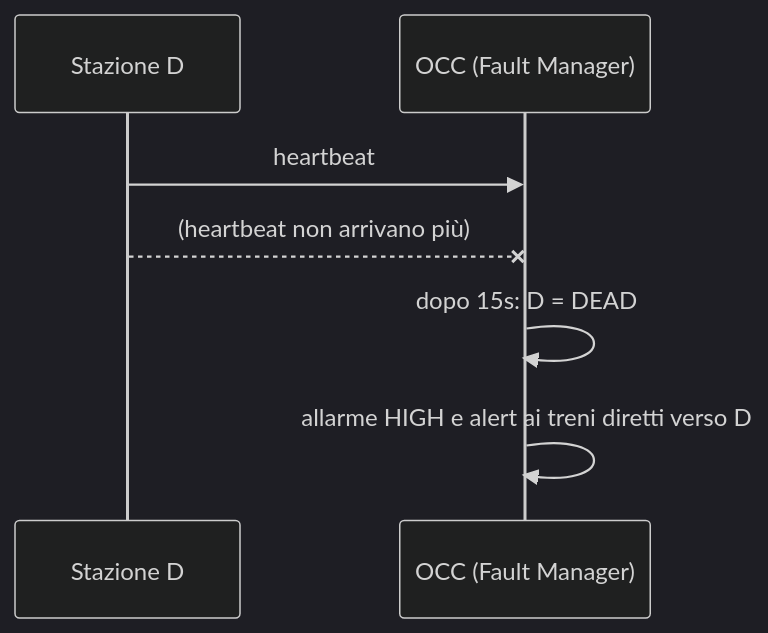
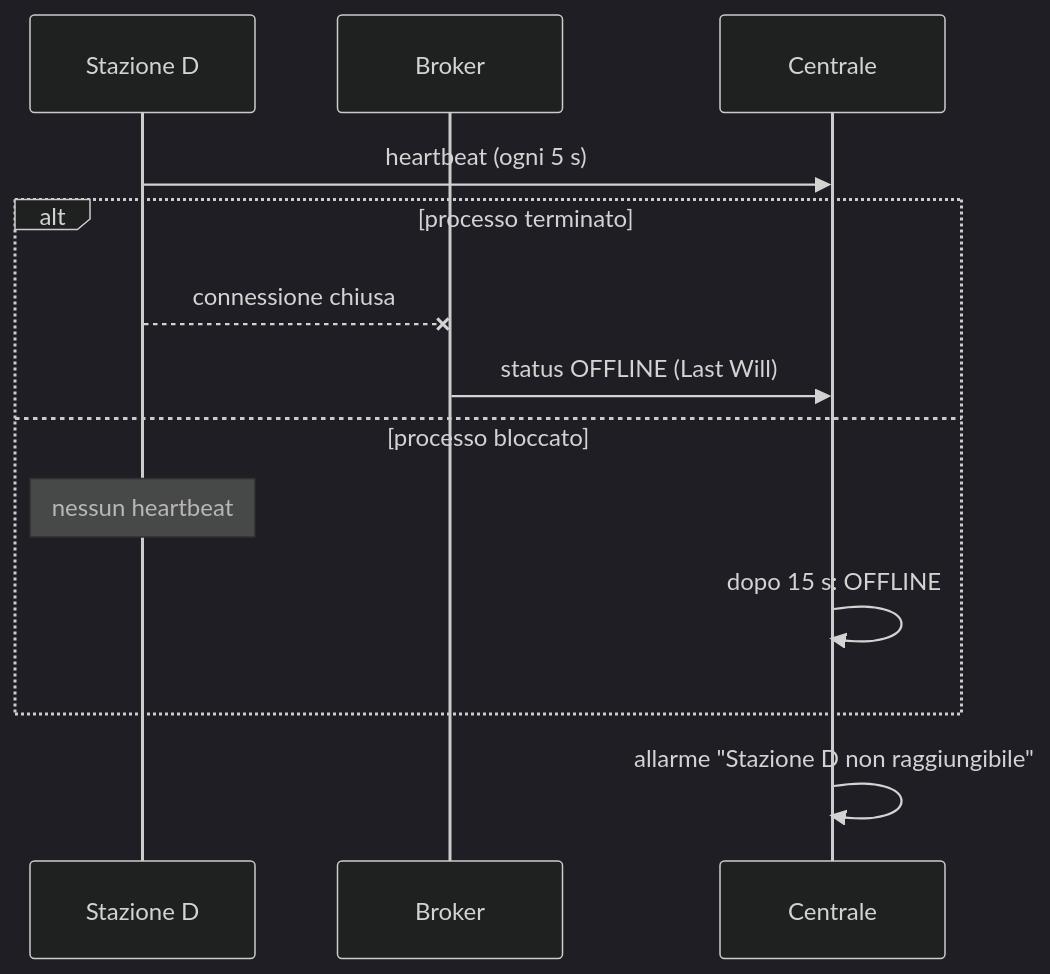
The seventh of 7 diagrams in docs/architettura.md (lucateofilo/PissirShared), drawn with Mermaid (dark theme) before and after one commit. The commit also changed other lines of this file and 2 other files, not shown here.

````diff
--- a/docs/architettura.md
+++ b/docs/architettura.md
@@ -394,9 +401,15 @@
 ```mermaid
 sequenceDiagram
   participant S as Stazione D
-  participant O as OCC (Fault Manager)
-  S->>O: heartbeat
-  S--xO: (heartbeat non arrivano più)
-  O->>O: dopo 15s: D = DEAD
-  O->>O: allarme HIGH e alert ai treni diretti verso D
+  participant B as Broker
+  participant O as Centrale
+  S->>O: heartbeat (ogni 5 s)
+  alt processo terminato
+    S--xB: connessione chiusa
+    B->>O: status OFFLINE (Last Will)
+  else processo bloccato
+    Note over S: nessun heartbeat
+    O->>O: dopo 15 s: OFFLINE
+  end
+  O->>O: allarme "Stazione D non raggiungibile"
 ```
````
